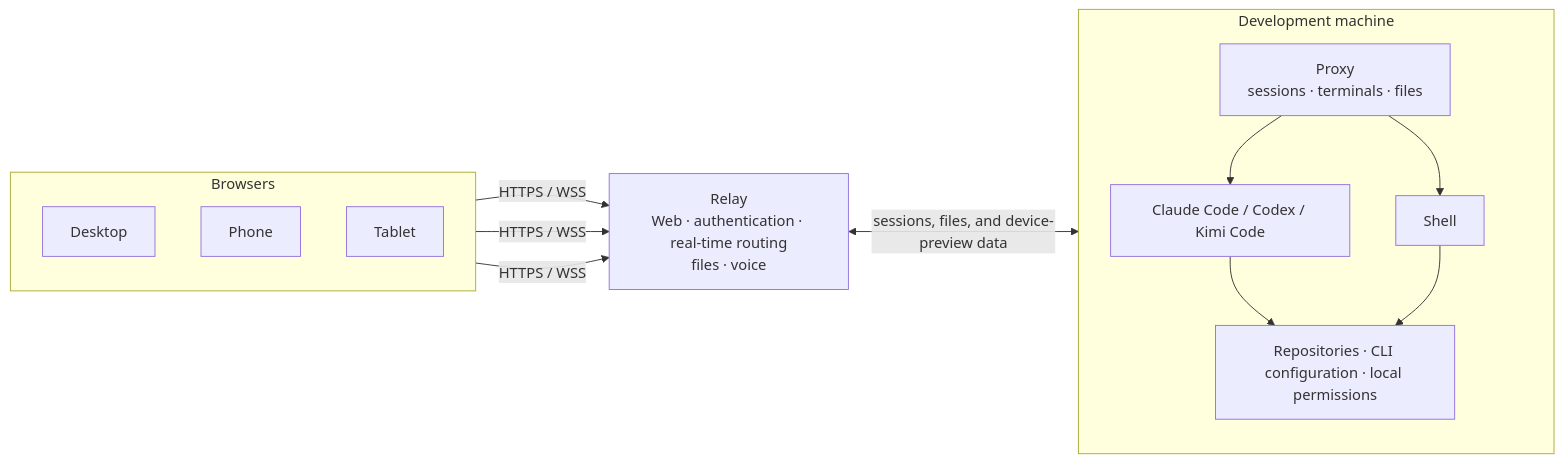
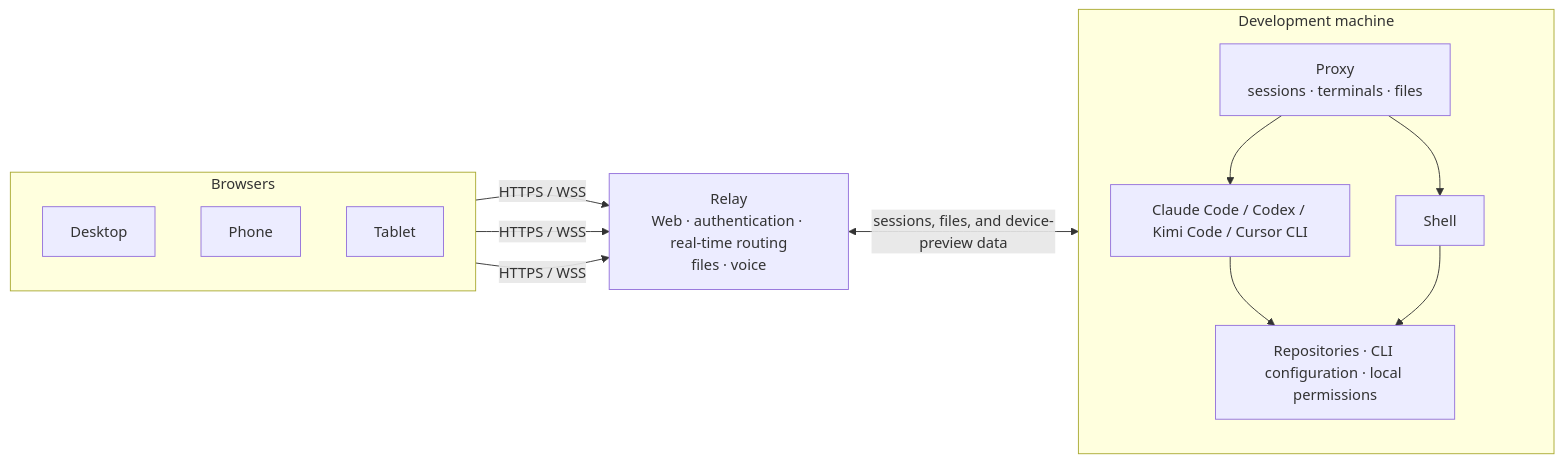
Before and after one commit to lichenxicatapple-blip/dev-anywhere: the diagram in README.en.md, drawn with Mermaid. The commit also changed other lines of this file and 58 other files, not shown here.

First line of the commit message:
feat: add PTY-only Cursor CLI sessions

````diff
--- a/README.en.md
+++ b/README.en.md
@@ -312,29 +314,29 @@
 ```mermaid
 flowchart LR
   subgraph clients["Browsers"]
     direction TB
     desktop["Desktop"]
     phone["Phone"]
     tablet["Tablet"]
   end
 
   relay["Relay<br/>Web · authentication · real-time routing<br/>files · voice"]
 
   subgraph machine["Development machine"]
     direction TB
     proxy["Proxy<br/>sessions · terminals · files"]
-    agent["Claude Code / Codex / Kimi Code"]
+    agent["Claude Code / Codex / Kimi Code / Cursor CLI"]
     shell["Shell"]
     local["Repositories · CLI configuration · local permissions"]
 
     proxy --> agent
     proxy --> shell
     agent --> local
     shell --> local
   end
 
   desktop -->|"HTTPS / WSS"| relay
   phone -->|"HTTPS / WSS"| relay
   tablet -->|"HTTPS / WSS"| relay
   relay <-->|"sessions, files, and device-preview data"| proxy
 ```
````
